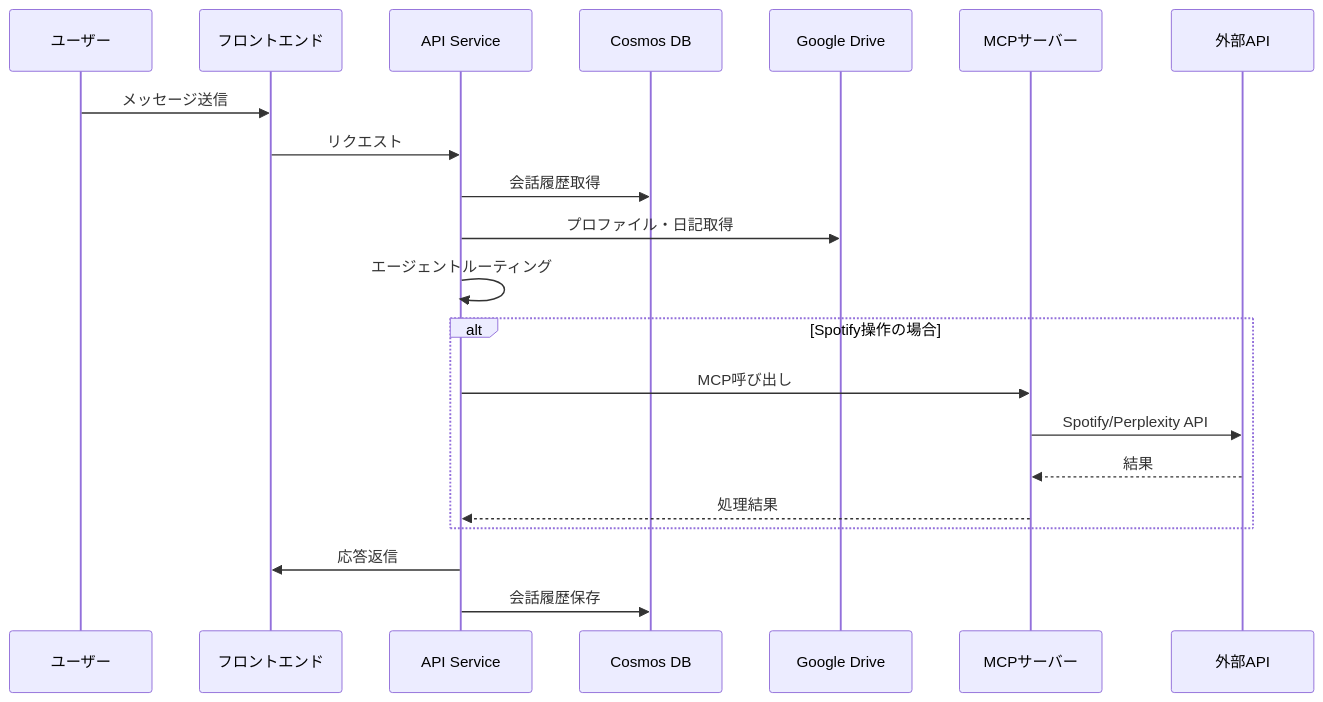
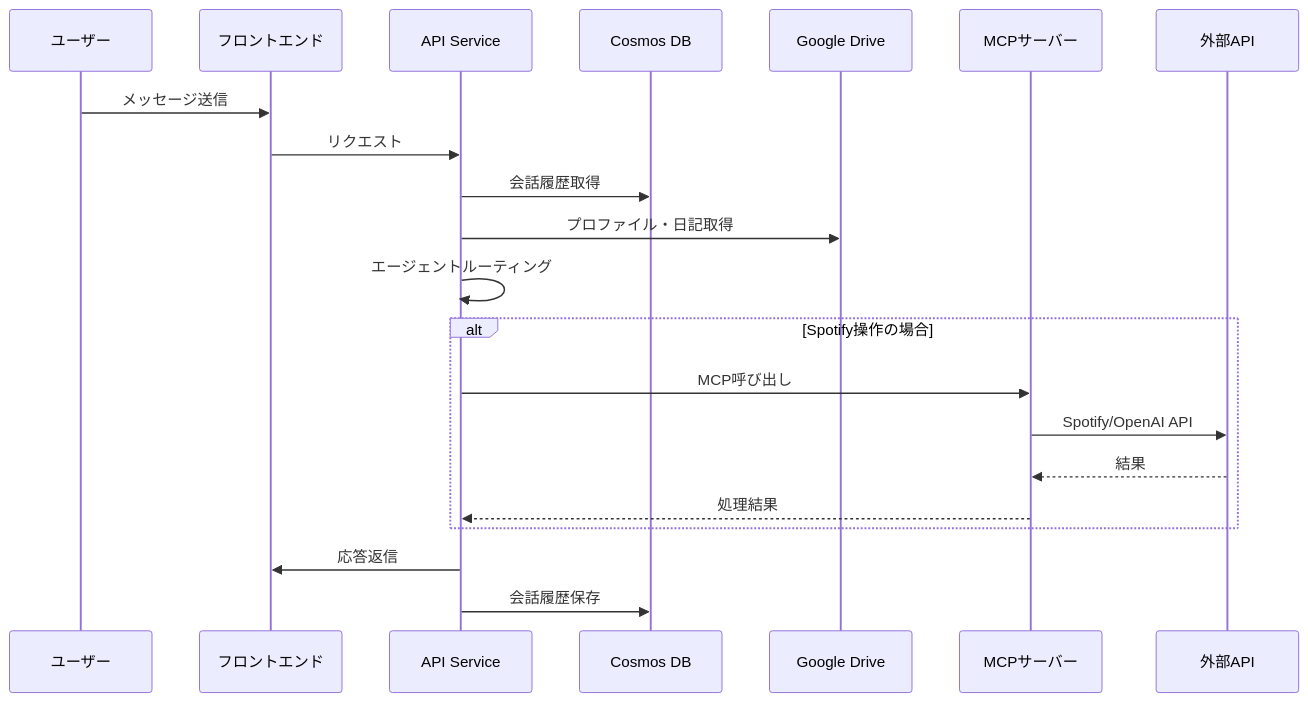
The second of 2 diagrams in README.md (Tomodo1773/line-character-agent), drawn with Mermaid before and after one commit. The commit also changed other lines of this file and 1 other file, not shown here.

Commit message:
docs: Replace Perplexity API references with OpenAI in documentation

````diff
--- a/README.md
+++ b/README.md
@@ -139,26 +138,26 @@
 ```mermaid
 sequenceDiagram
     participant User as ユーザー
     participant Frontend as フロントエンド
     participant API as API Service
     participant CosmosDB as Cosmos DB
     participant GoogleDrive as Google Drive
     participant MCP as MCPサーバー
     participant External as 外部API
 
     User->>Frontend: メッセージ送信
     Frontend->>API: リクエスト
     API->>CosmosDB: 会話履歴取得
     API->>GoogleDrive: プロファイル・日記取得
     API->>API: エージェントルーティング
     
     alt Spotify操作の場合
         API->>MCP: MCP呼び出し
-        MCP->>External: Spotify/Perplexity API
+        MCP->>External: Spotify/OpenAI API
         External-->>MCP: 結果
         MCP-->>API: 処理結果
     end
     
     API->>Frontend: 応答返信
     API->>CosmosDB: 会話履歴保存
 ```
````
